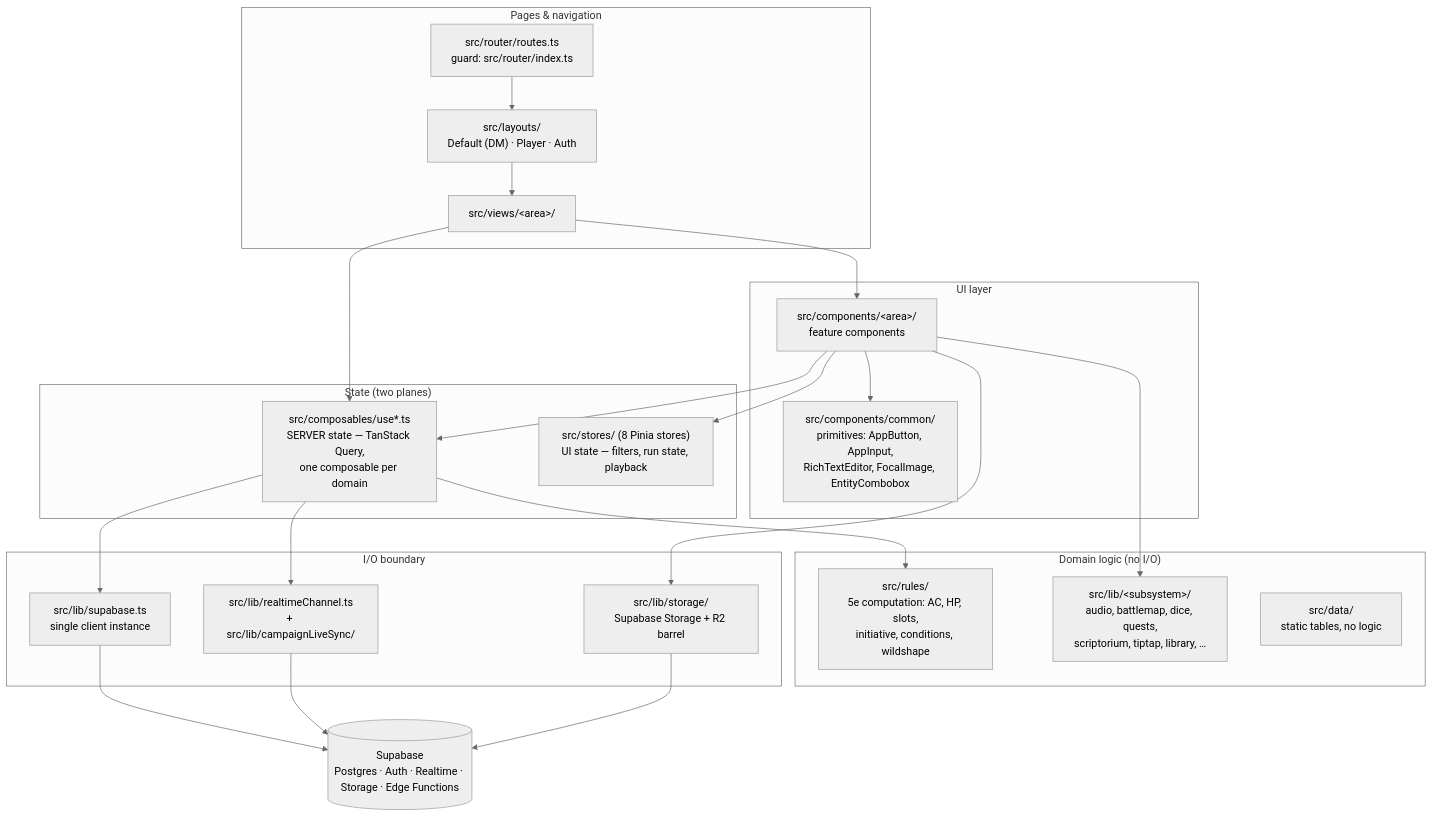
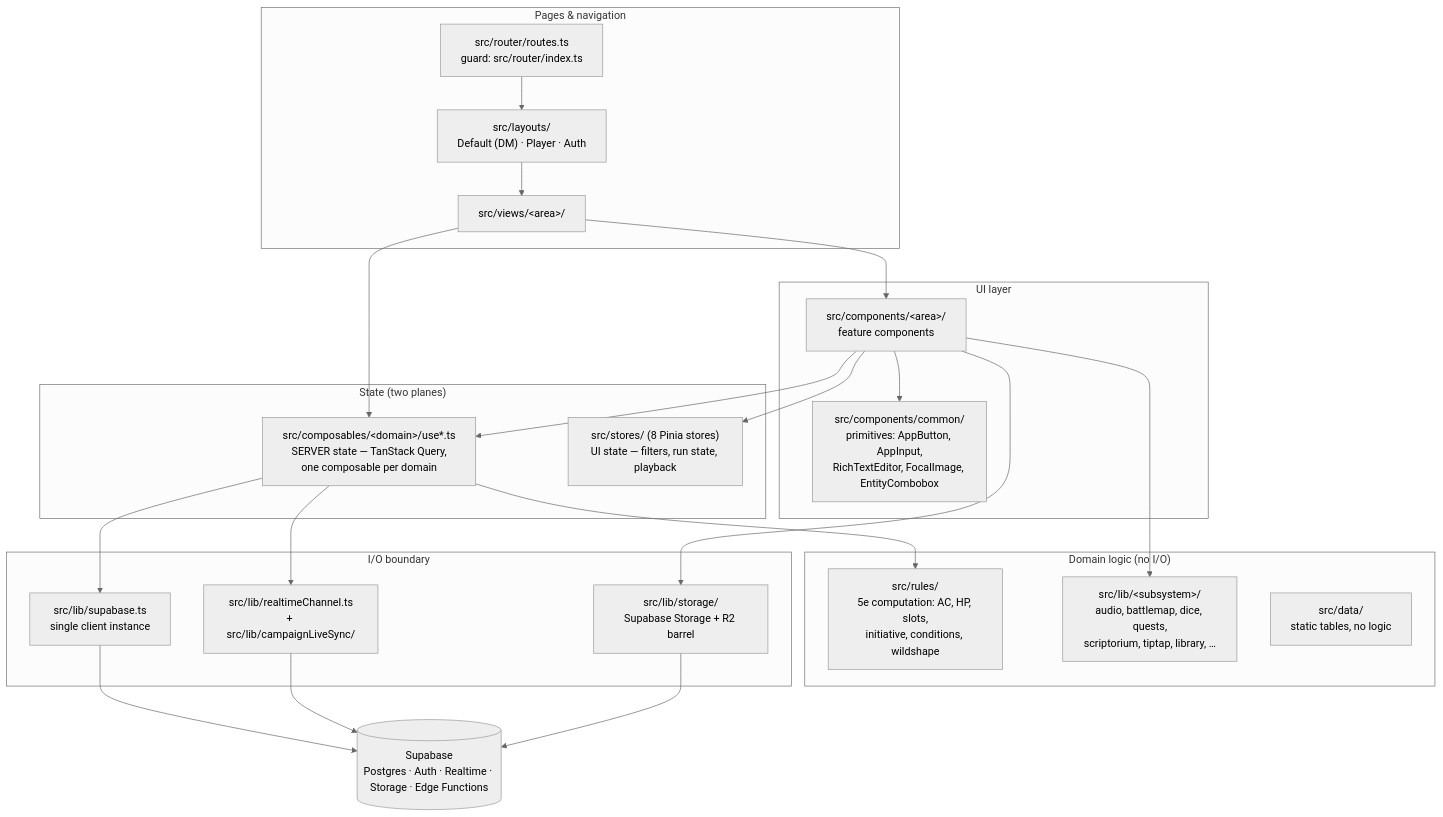
Before and after one commit to irongollem/grimoire: the first of 4 diagrams in context/architecture/internal.md, drawn with Mermaid (neutral theme). The commit also changed other lines of this file and 798 other files, not shown here.

````diff
--- a/context/architecture/internal.md
+++ b/context/architecture/internal.md
@@ -17,46 +17,46 @@
 ```mermaid
 flowchart TB
     subgraph pages ["Pages & navigation"]
         router["src/router/routes.ts<br/>guard: src/router/index.ts"]
         layouts["src/layouts/<br/>Default (DM) · Player · Auth"]
         views["src/views/&lt;area&gt;/"]
     end
 
     subgraph ui ["UI layer"]
         components["src/components/&lt;area&gt;/<br/>feature components"]
         common["src/components/common/<br/>primitives: AppButton, AppInput,<br/>RichTextEditor, FocalImage, EntityCombobox"]
     end
 
     subgraph state ["State (two planes)"]
-        composables["src/composables/use*.ts<br/>SERVER state — TanStack Query,<br/>one composable per domain"]
+        composables["src/composables/&lt;domain&gt;/use*.ts<br/>SERVER state — TanStack Query,<br/>one composable per domain"]
         stores["src/stores/ (8 Pinia stores)<br/>UI state — filters, run state, playback"]
     end
 
     subgraph logic ["Domain logic (no I/O)"]
         rules["src/rules/<br/>5e computation: AC, HP, slots,<br/>initiative, conditions, wildshape"]
         lib["src/lib/&lt;subsystem&gt;/<br/>audio, battlemap, dice, quests,<br/>scriptorium, tiptap, library, …"]
         data["src/data/<br/>static tables, no logic"]
     end
 
     subgraph io ["I/O boundary"]
         client["src/lib/supabase.ts<br/>single client instance"]
         realtime["src/lib/realtimeChannel.ts<br/>+ src/lib/campaignLiveSync/"]
         storagelib["src/lib/storage/<br/>Supabase Storage + R2 barrel"]
     end
 
     supa[("Supabase<br/>Postgres · Auth · Realtime · Storage · Edge Functions")]
 
     router --> layouts --> views --> components
     components --> common
     views --> composables
     components --> composables
     components --> stores
     composables --> rules
     components --> lib
     composables --> client
     composables --> realtime
     components --> storagelib
     client --> supa
     realtime --> supa
     storagelib --> supa
 ```
````
